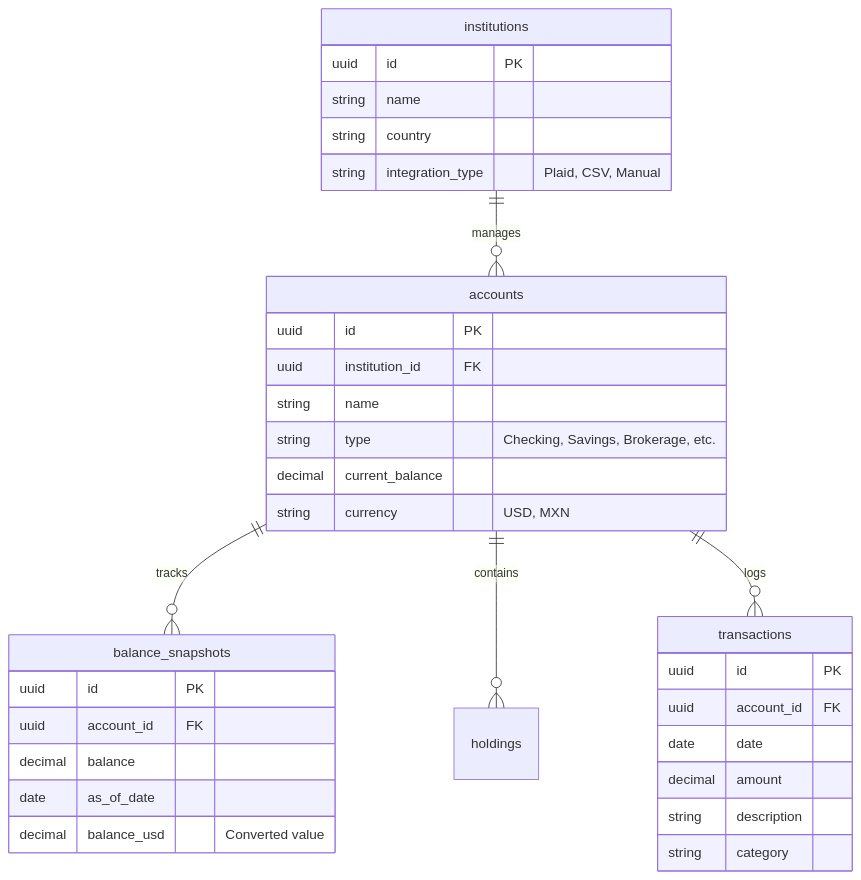
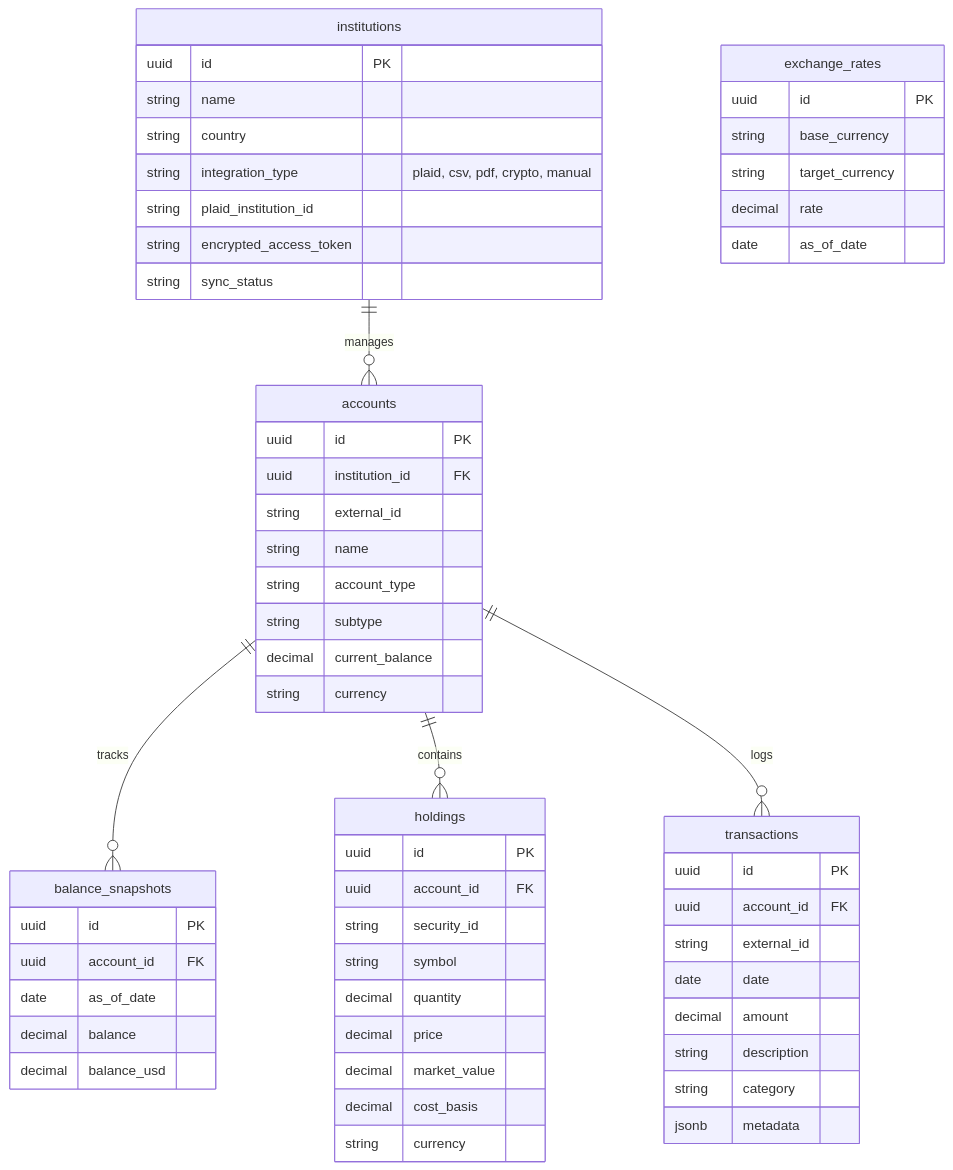
Before and after one commit to nickvander/patrimonio: the diagram in docs/database.md, drawn with Mermaid. The commit also changed other lines of this file and 13 other files, not shown here.

````diff
--- a/docs/database.md
+++ b/docs/database.md
@@ -7,40 +7,67 @@
 ```mermaid
 erDiagram
-    institutions ||--o{ accounts : "manages"
-    accounts ||--o{ balance_snapshots : "tracks"
-    accounts ||--o{ holdings : "contains"
-    accounts ||--o{ transactions : "logs"
+    institutions ||--o{ accounts : manages
+    accounts ||--o{ balance_snapshots : tracks
+    accounts ||--o{ holdings : contains
+    accounts ||--o{ transactions : logs
 
     institutions {
         uuid id PK
         string name
         string country
-        string integration_type "Plaid, CSV, Manual"
+        string integration_type "plaid, csv, pdf, crypto, manual"
+        string plaid_institution_id
+        string encrypted_access_token
+        string sync_status
     }
 
     accounts {
         uuid id PK
         uuid institution_id FK
+        string external_id
         string name
-        string type "Checking, Savings, Brokerage, etc."
+        string account_type
+        string subtype
         decimal current_balance
-        string currency "USD, MXN"
+        string currency
+    }
+
+    transactions {
+        uuid id PK
+        uuid account_id FK
+        string external_id
+        date date
+        decimal amount
+        string description
+        string category
+        jsonb metadata
+    }
+
+    holdings {
+        uuid id PK
+        uuid account_id FK
+        string security_id
+        string symbol
+        decimal quantity
+        decimal price
+        decimal market_value
+        decimal cost_basis
+        string currency
     }
 
     balance_snapshots {
         uuid id PK
         uuid account_id FK
+        date as_of_date
         decimal balance
-        date as_of_date
-        decimal balance_usd "Converted value"
+        decimal balance_usd
     }
 
-    transactions {
+    exchange_rates {
         uuid id PK
-        uuid account_id FK
-        date date
-        decimal amount
-        string description
-        string category
+        string base_currency
+        string target_currency
+        decimal rate
+        date as_of_date
     }
 ```
````
